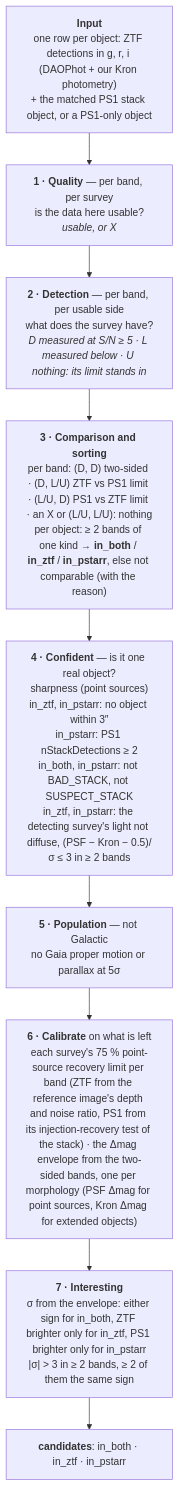
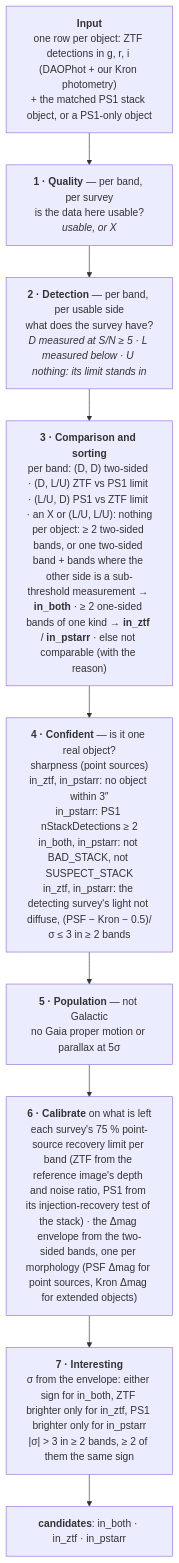
The diagram in README.md (Adam-Boesky/long_transients2), drawn with Mermaid before and after one commit. The commit also changed other lines of this file and 11 other files, not shown here.

First line of the commit message:
Sort: one two-sided band plus D/L bands is in_both; forced fluxes at S/N >= 3 are compared; site: binned PanSTARRS stamps

````diff
--- a/README.md
+++ b/README.md
@@ -5,13 +5,13 @@
 ```mermaid
 flowchart TD
     IN["<b>Input</b><br/>one row per object: ZTF detections in g, r, i (DAOPhot + our Kron photometry)<br/>+ the matched PS1 stack object, or a PS1-only object"]
     Q["<b>1 · Quality</b> — per band, per survey<br/>is the data here usable?<br/><i>usable, or X</i>"]
     D["<b>2 · Detection</b> — per band, per usable side<br/>what does the survey have?<br/><i>D measured at S/N ≥ 5 · L measured below · U nothing: its limit stands in</i>"]
-    S["<b>3 · Comparison and sorting</b><br/>per band: (D, D) two-sided · (D, L/U) ZTF vs PS1 limit · (L/U, D) PS1 vs ZTF limit · an X or (L/U, L/U): nothing<br/>per object: ≥ 2 bands of one kind → <b>in_both</b> / <b>in_ztf</b> / <b>in_pstarr</b>, else not comparable (with the reason)"]
+    S["<b>3 · Comparison and sorting</b><br/>per band: (D, D) two-sided · (D, L/U) ZTF vs PS1 limit · (L/U, D) PS1 vs ZTF limit · an X or (L/U, L/U): nothing<br/>per object: ≥ 2 two-sided bands, or one two-sided band + bands where the other side is a sub-threshold measurement → <b>in_both</b> · ≥ 2 one-sided bands of one kind → <b>in_ztf</b> / <b>in_pstarr</b> · else not comparable (with the reason)"]
     CONF["<b>4 · Confident</b> — is it one real object?<br/>sharpness (point sources)<br/>in_ztf, in_pstarr: no object within 3″<br/>in_pstarr: PS1 nStackDetections ≥ 2<br/>in_both, in_pstarr: not BAD_STACK, not SUSPECT_STACK<br/>in_ztf, in_pstarr: the detecting survey's light not diffuse, (PSF − Kron − 0.5)/σ ≤ 3 in ≥ 2 bands"]
     POP["<b>5 · Population</b> — not Galactic<br/>no Gaia proper motion or parallax at 5σ"]
     CAL["<b>6 · Calibrate</b> on what is left<br/>each survey's 75 % point-source recovery limit per band (ZTF from the reference image's depth and noise ratio, PS1 from its injection-recovery test of the stack) · the Δmag envelope from the two-sided bands, one per morphology (PSF Δmag for point sources, Kron Δmag for extended objects)"]
     INT["<b>7 · Interesting</b><br/>σ from the envelope: either sign for in_both, ZTF brighter only for in_ztf, PS1 brighter only for in_pstarr<br/>|σ| > 3 in ≥ 2 bands, ≥ 2 of them the same sign"]
     OUT["<b>candidates</b>: in_both · in_ztf · in_pstarr"]
     IN --> Q --> D --> S --> CONF --> POP --> CAL --> INT --> OUT
 ```
````
